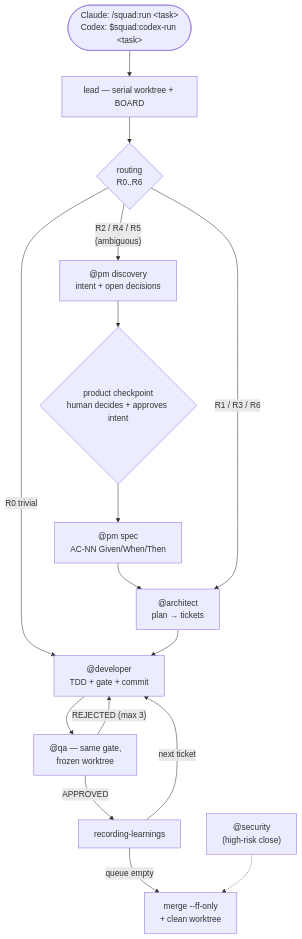
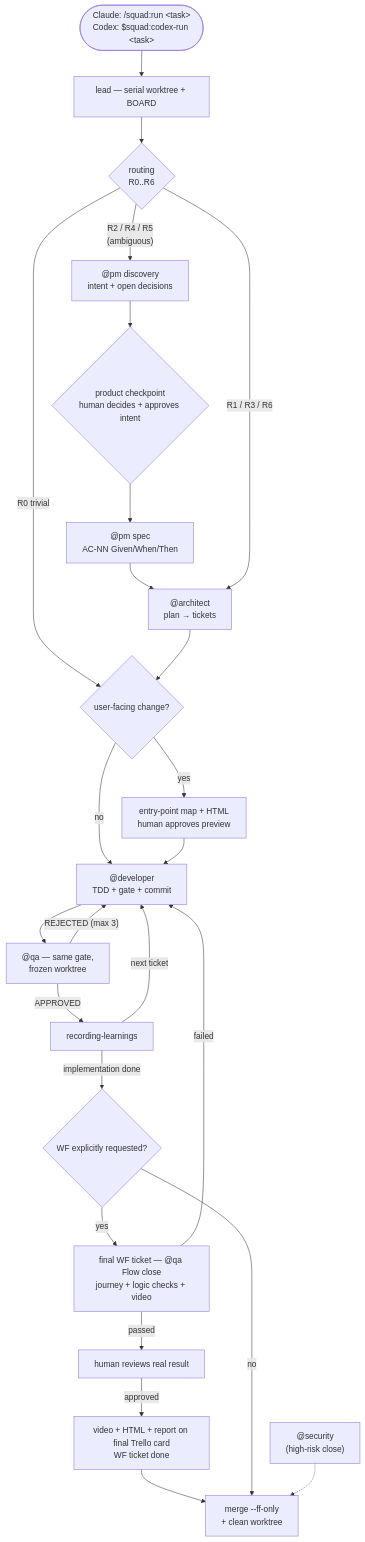
Before and after one commit to danielfarnose/claude-code-dev-loop: the diagram in README.md, drawn with Mermaid. The commit also changed other lines of this file and 11 other files, not shown here.

Commit message:
feat(workflow): add opt-in final WF review ticket for Claude and Codex

````diff
--- a/README.md
+++ b/README.md
@@ -127,18 +130,27 @@
 ```mermaid
 flowchart TD
     T(["Claude: /squad:run &lt;task&gt;<br/>Codex: $squad:codex-run &lt;task&gt;"]) --> W["lead — serial worktree + BOARD"]
     W --> R{"routing<br/>R0..R6"}
     R -- "R2 / R4 / R5<br/>(ambiguous)" --> PM["@pm discovery<br/>intent + open decisions"]
     PM --> H{"product checkpoint<br/>human decides + approves intent"}
     H --> PS["@pm spec<br/>AC-NN Given/When/Then"]
     PS --> A
     R -- "R1 / R3 / R6" --> A["@architect<br/>plan → tickets"]
-    R -- "R0 trivial" --> D
-    A --> D["@developer<br/>TDD + gate + commit"]
+    R -- "R0 trivial" --> P
+    A --> P{"user-facing change?"}
+    P -- "yes" --> V["entry-point map + HTML<br/>human approves preview"]
+    P -- "no" --> D
+    V --> D["@developer<br/>TDD + gate + commit"]
     D --> Q["@qa — same gate,<br/>frozen worktree"]
     Q -- "REJECTED (max 3)" --> D
     Q -- "APPROVED" --> L["recording-learnings"]
     L -- "next ticket" --> D
-    L -- "queue empty" --> M["merge --ff-only<br/>+ clean worktree"]
+    L -- "implementation done" --> C{"WF explicitly requested?"}
+    C -- "yes" --> F["final WF ticket — @qa Flow close<br/>journey + logic checks + video"]
+    F -- "failed" --> D
+    F -- "passed" --> U["human reviews real result"]
+    U -- "approved" --> E["video + HTML + report on final Trello card<br/>WF ticket done"]
+    E --> M["merge --ff-only<br/>+ clean worktree"]
+    C -- "no" --> M
     S["@security<br/>(high-risk close)"] -.-> M
 ```
````
